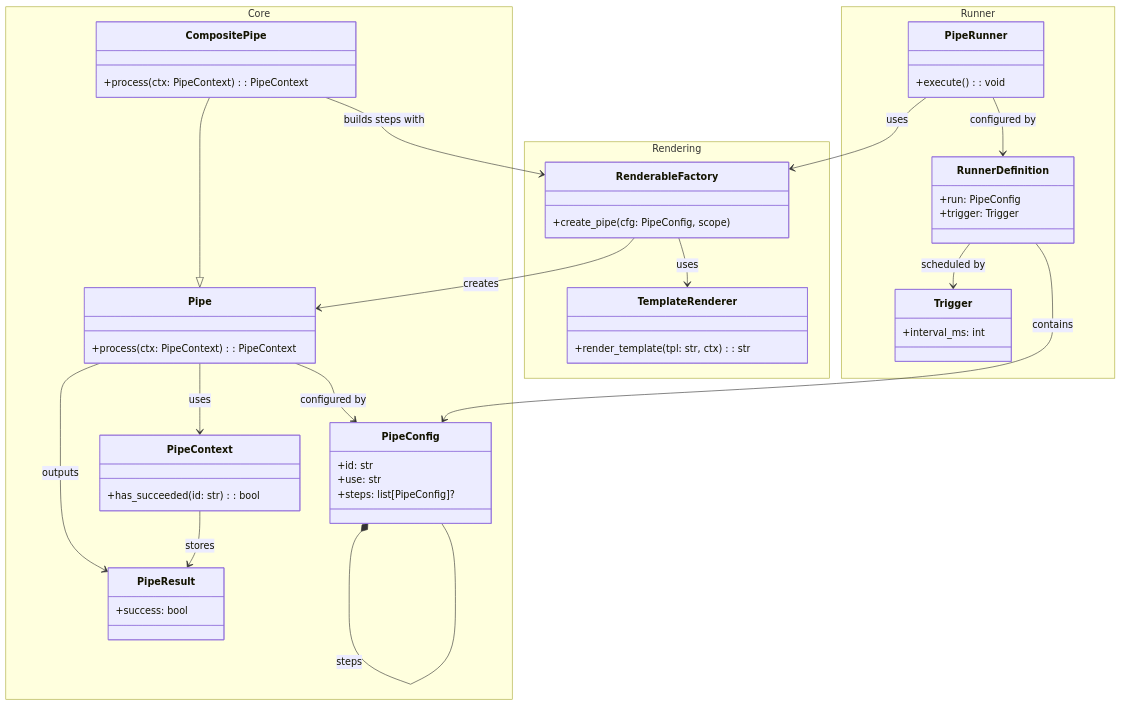
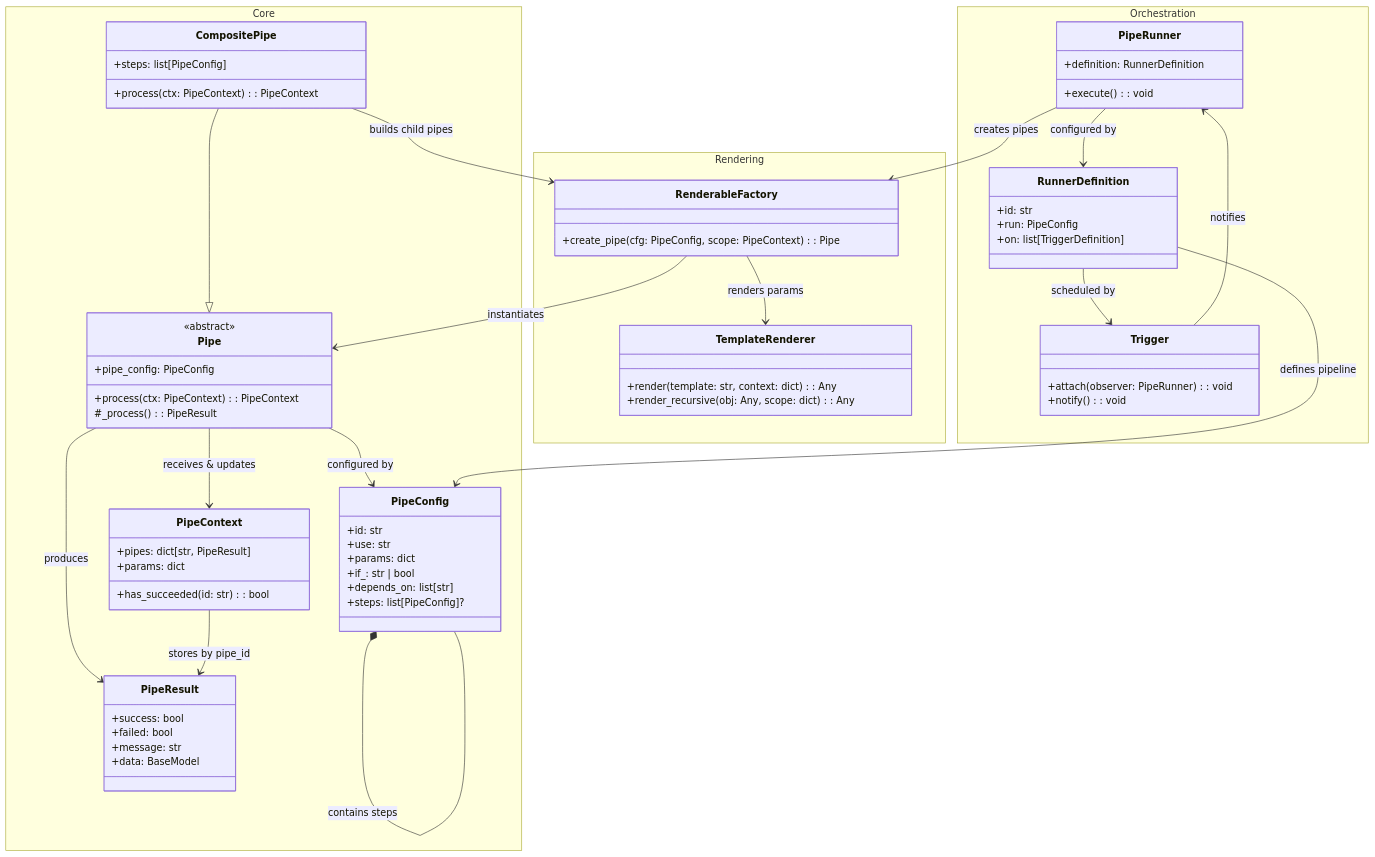
One commit to Softoft-Orga/open-ticket-ai changed the first of 5 diagrams in docs/docs_src/en/docs/concepts/pipeline.md. Above: the diagram before and after it, drawn with Mermaid. The commit also changed other lines of this file and 5 other files, not shown here.

````diff
--- a/docs/docs_src/en/docs/concepts/pipeline.md
+++ b/docs/docs_src/en/docs/concepts/pipeline.md
@@ -17,64 +19,81 @@
 ```mermaid
 %%{init: {
   "classDiagram": { "layout": "elk", "useMaxWidth": false },
   "elk": { "spacing": { "nodeNode": 20, "nodeNodeBetweenLayers": 20, "componentComponent": 15 } }
 }}%%
 classDiagram
 direction TD
 
 namespace Core {
   class Pipe {
+    <<abstract>>
+    +pipe_config: PipeConfig
     +process(ctx: PipeContext): PipeContext
+    #_process(): PipeResult
   }
   class CompositePipe {
+    +steps: list[PipeConfig]
     +process(ctx: PipeContext): PipeContext
   }
   class PipeConfig {
     +id: str
     +use: str
+    +params: dict
+    +if_: str | bool
+    +depends_on: list[str]
     +steps: list[PipeConfig]?
   }
   class PipeContext {
+    +pipes: dict[str, PipeResult]
+    +params: dict
     +has_succeeded(id: str): bool
   }
   class PipeResult {
     +success: bool
+    +failed: bool
+    +message: str
+    +data: BaseModel
   }
 }
 
 namespace Rendering {
   class RenderableFactory {
-    +create_pipe(cfg: PipeConfig, scope)
+    +create_pipe(cfg: PipeConfig, scope: PipeContext): Pipe
   }
   class TemplateRenderer {
-    +render_template(tpl: str, ctx): str
+    +render(template: str, context: dict): Any
+    +render_recursive(obj: Any, scope: dict): Any
   }
 }
 
-namespace Runner {
+namespace Orchestration {
   class PipeRunner {
+    +definition: RunnerDefinition
     +execute(): void
   }
   class RunnerDefinition {
+    +id: str
     +run: PipeConfig
-    +trigger: Trigger
+    +on: list[TriggerDefinition]
   }
   class Trigger {
-    +interval_ms: int
+    +attach(observer: PipeRunner): void
+    +notify(): void
   }
 }
 
 CompositePipe --|> Pipe
 Pipe --> PipeConfig : configured by
-Pipe --> PipeContext : uses
-Pipe --> PipeResult : outputs
-PipeContext --> PipeResult : stores
-CompositePipe --> RenderableFactory : builds steps with
-PipeConfig *-- PipeConfig : steps
-RenderableFactory --> Pipe : creates
-RenderableFactory --> TemplateRenderer : uses
+Pipe --> PipeContext : receives & updates
+Pipe --> PipeResult : produces
+PipeContext --> PipeResult : stores by pipe_id
+CompositePipe --> RenderableFactory : builds child pipes
+PipeConfig *-- PipeConfig : contains steps
+RenderableFactory --> Pipe : instantiates
+RenderableFactory --> TemplateRenderer : renders params
 PipeRunner --> RunnerDefinition : configured by
-PipeRunner --> RenderableFactory : uses
-RunnerDefinition --> PipeConfig : contains
+PipeRunner --> RenderableFactory : creates pipes
+RunnerDefinition --> PipeConfig : defines pipeline
 RunnerDefinition --> Trigger : scheduled by
+Trigger --> PipeRunner : notifies
 ```
````
